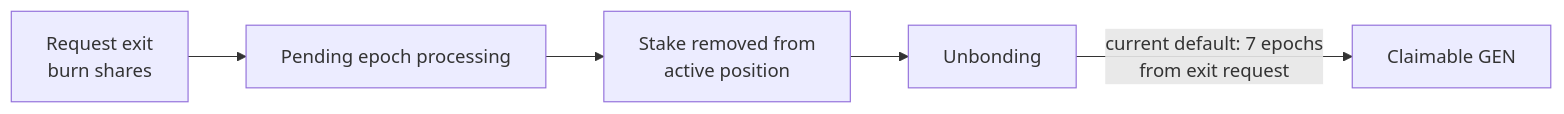
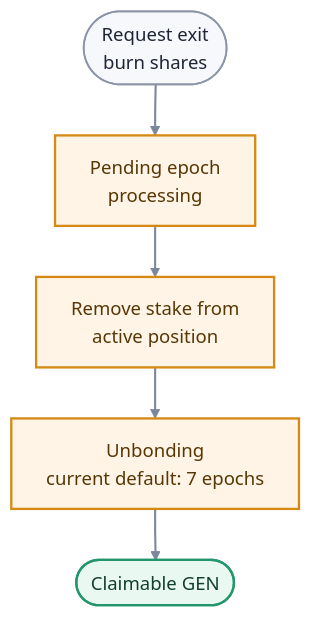
One commit to genlayerlabs/genlayer-docs changed the diagram in pages/understand-genlayer-protocol/core-concepts/optimistic-democracy/unstaking.mdx. Above: the diagram before and after it, drawn with Mermaid. The commit also changed 13 other files, not shown here.

Commit message:
docs: improve protocol diagrams

````diff
--- a/pages/understand-genlayer-protocol/core-concepts/optimistic-democracy/unstaking.mdx
+++ b/pages/understand-genlayer-protocol/core-concepts/optimistic-democracy/unstaking.mdx
@@ -13,7 +13,16 @@
 ```mermaid
-flowchart LR
-    A[Request exit<br/>burn shares] --> B[Pending epoch processing]
-    B --> C[Stake removed from<br/>active position]
-    C --> D[Unbonding]
-    D -->|current default: 7 epochs<br/>from exit request| E[Claimable GEN]
+%%{init: {"flowchart": {"curve": "basis", "nodeSpacing": 42, "rankSpacing": 44, "htmlLabels": true}}}%%
+flowchart TB
+    A(["Request exit<br/>burn shares"]) --> B["Pending epoch<br/>processing"]
+    B --> C["Remove stake from<br/>active position"]
+    C --> D["Unbonding<br/>current default: 7 epochs"]
+    D --> E(["Claimable GEN"])
+
+    classDef action fill:#F7F8FC,stroke:#8B95A7,color:#202536,stroke-width:1.5px;
+    classDef pending fill:#FFF4E5,stroke:#D58A16,color:#583705,stroke-width:2px;
+    classDef success fill:#E9F8F0,stroke:#23966B,color:#123F30,stroke-width:2px;
+    class A action;
+    class B,C,D pending;
+    class E success;
+    linkStyle default stroke:#7C879C,stroke-width:1.8px;
 ```
````
